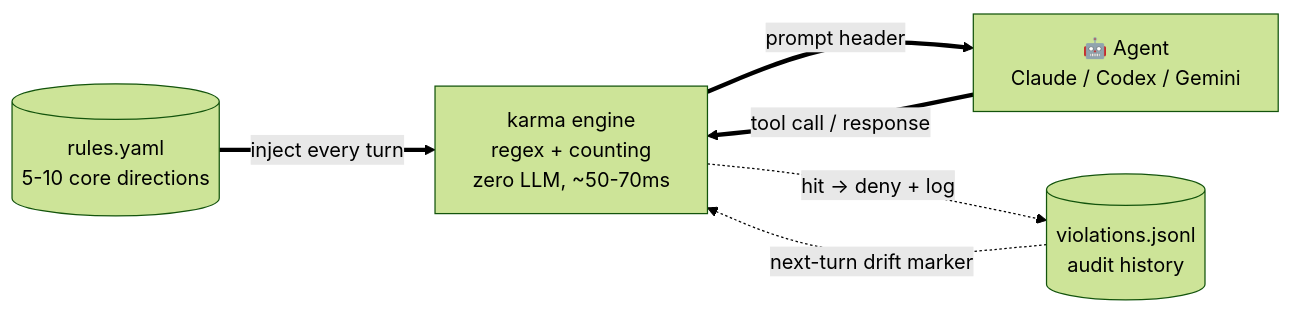
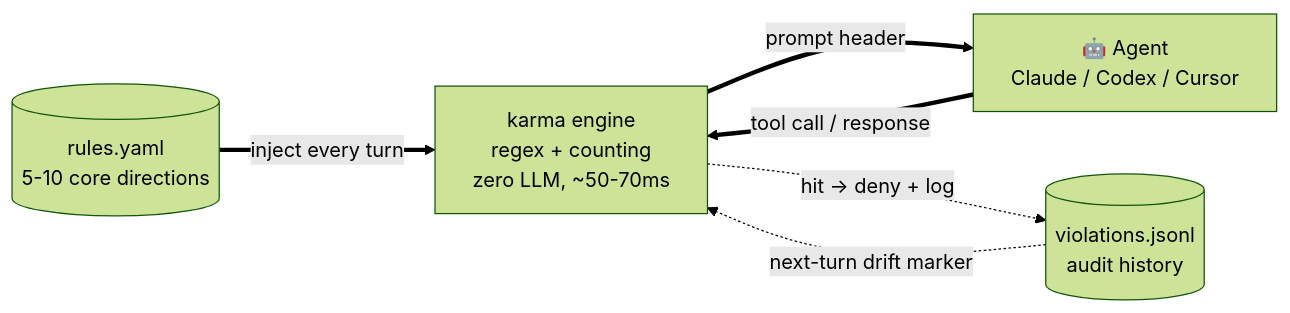
One commit to jhaizhou-ops/pinrule changed the first of 2 diagrams in README.md. Above: the diagram before and after it, drawn with Mermaid (forest theme). The commit also changed other lines of this file and 34 other files, not shown here.

First line of the commit message:
chore(backend): v0.13.2 — drop Gemini CLI backend, focus on Claude Code / Codex CLI / Cursor

````diff
--- a/README.md
+++ b/README.md
@@ -258,13 +256,13 @@
 ```mermaid
 flowchart LR
     R[(rules.yaml<br/>5-10 core directions)]
     K[karma engine<br/>regex + counting<br/>zero LLM, ~50-70ms]
-    A[🤖 Agent<br/>Claude / Codex / Gemini]
+    A[🤖 Agent<br/>Claude / Codex / Cursor]
     V[(violations.jsonl<br/>audit history)]
 
     R ==>|inject every turn| K
     K ==>|prompt header| A
     A ==>|tool call / response| K
     K -.->|hit → deny + log| V
     V -.->|next-turn drift marker| K
 ```
````
